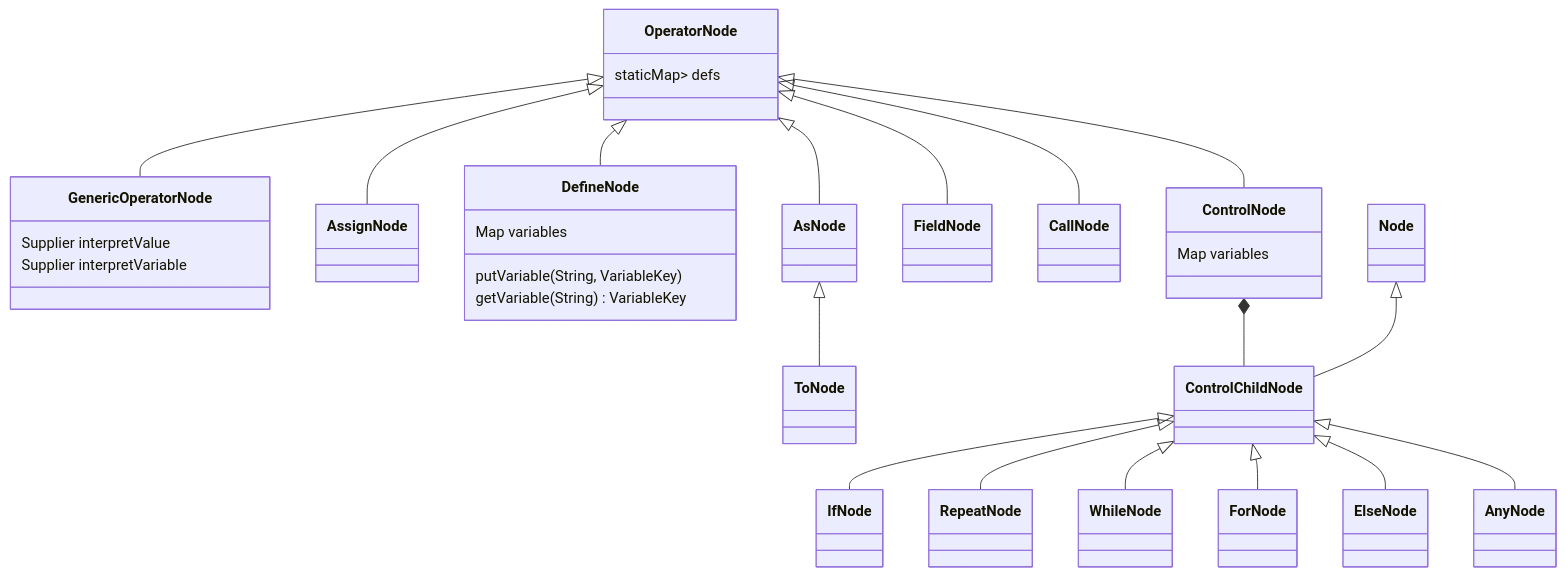
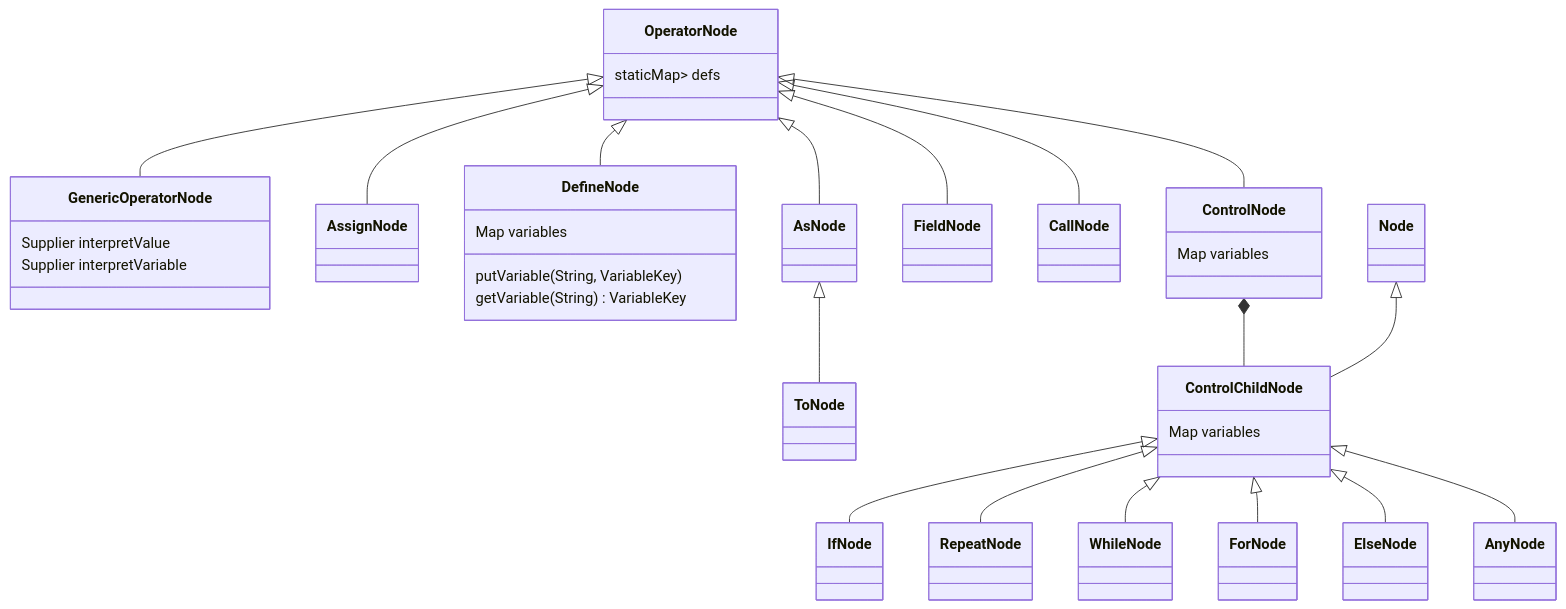
Before and after one commit to Jzhyang1/Monomer: the third of 5 diagrams in Implementation.md, drawn with Mermaid. The commit also changed other lines of this file, not shown here.

````diff
--- a/Implementation.md
+++ b/Implementation.md
@@ -150,30 +150,32 @@
 ```mermaid
 classDiagram
 OperatorNode <|-- GenericOperatorNode
 OperatorNode <|-- AssignNode
 OperatorNode <|-- DefineNode
 OperatorNode <|-- AsNode
 AsNode <|-- ToNode
 OperatorNode <|-- FieldNode
 OperatorNode <|-- CallNode
 OperatorNode <|-- ControlNode
 ControlNode *-- ControlChildNode
 Node <|-- ControlChildNode
 ControlChildNode <|-- IfNode
 ControlChildNode <|-- RepeatNode
 ControlChildNode <|-- WhileNode
 ControlChildNode <|-- ForNode
 ControlChildNode <|-- ElseNode
 ControlChildNode <|-- AnyNode
 
 OperatorNode: staticMap<String,Supplier<OperatorNode>> defs
 
 GenericOperatorNode: Supplier<InterpretValue> interpretValue
 GenericOperatorNode: Supplier<InterpretVariable> interpretVariable
 
 DefineNode: Map<String,VariableKey> variables
 DefineNode: putVariable(String, VariableKey)
 DefineNode: getVariable(String) VariableKey
 
 ControlNode: Map<String,VariableKey> variables
+
+ControlChildNode: Map<String,VariableKey> variables
 ```
````
